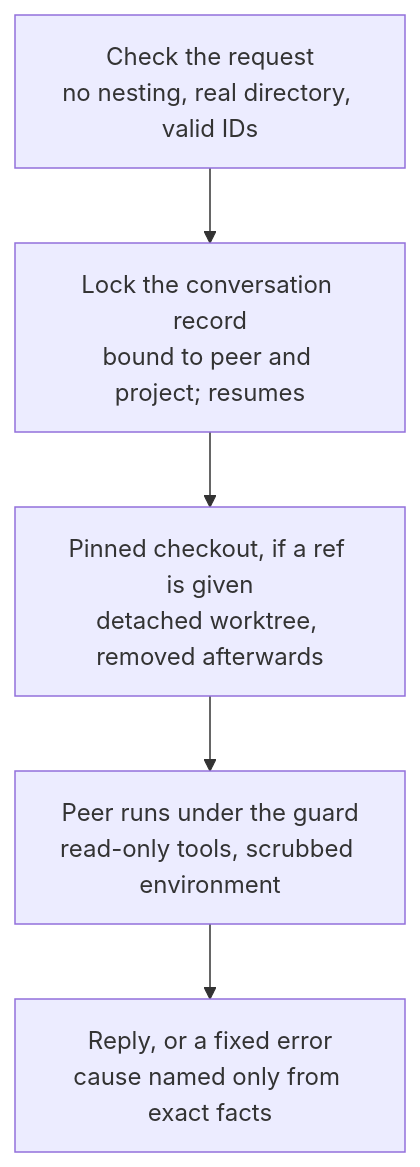
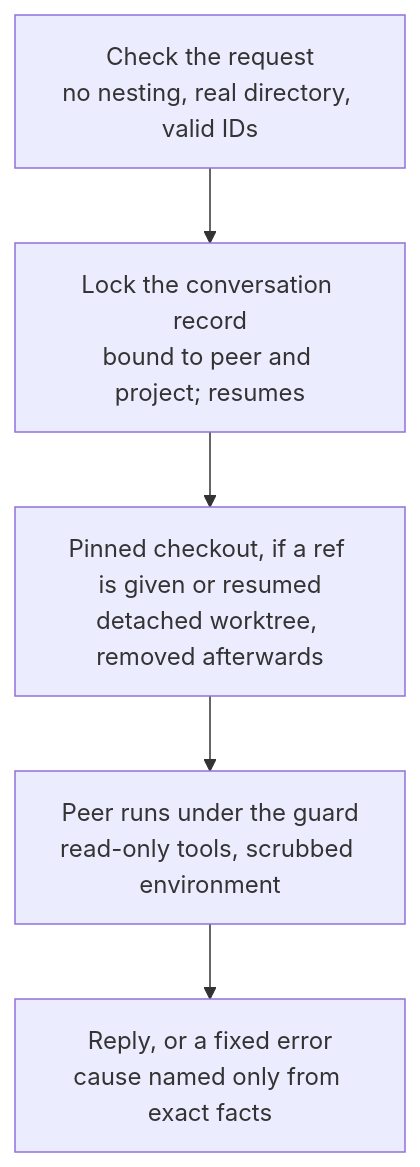
The second of 3 diagrams in plugins/peer-bridge/HOW-IT-WORKS.md (mtrzes/reweigh), drawn with Mermaid before and after one commit. The commit also changed other lines of this file and 9 other files, not shown here.

````diff
--- a/plugins/peer-bridge/HOW-IT-WORKS.md
+++ b/plugins/peer-bridge/HOW-IT-WORKS.md
@@ -41,8 +60,8 @@
 ```mermaid
 flowchart TB
     check["Check the request<br/>no nesting, real directory, valid IDs"] --> record
     record["Lock the conversation record<br/>bound to peer and project; resumes"] --> pin
-    pin["Pinned checkout, if a ref is given<br/>detached worktree, removed afterwards"] --> run
+    pin["Pinned checkout, if a ref is given or resumed<br/>detached worktree, removed afterwards"] --> run
     run["Peer runs under the guard<br/>read-only tools, scrubbed environment"] --> outcome
     outcome["Reply, or a fixed error<br/>cause named only from exact facts"]
 ```
````
